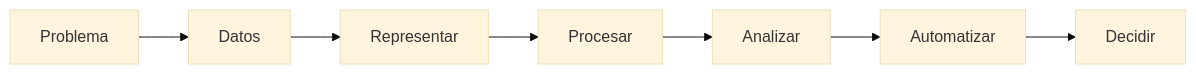
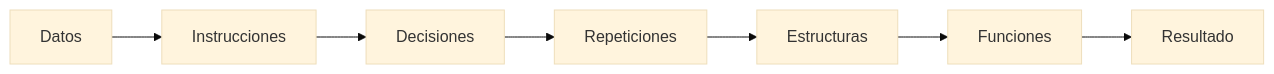
One commit to DIALVEBE/DataScienceProgramming changed the first of 11 diagrams in sessions/session-01_es.md. Above: the diagram before and after it, drawn with Mermaid (base theme). The commit also changed other lines of this file and 9 other files, not shown here.

````diff
--- a/sessions/session-01_es.md
+++ b/sessions/session-01_es.md
@@ -51,9 +16,9 @@
 ```mermaid
 flowchart LR
-    A[Problema] --> B[Datos]
-    B --> C[Representar]
-    C --> D[Procesar]
-    D --> E[Analizar]
-    E --> F[Automatizar]
-    F --> G[Decidir]
+    A[Datos] --> B[Instrucciones]
+    B --> C[Decisiones]
+    C --> D[Repeticiones]
+    D --> E[Estructuras]
+    E --> F[Funciones]
+    F --> G[Resultado]
 ```
````
